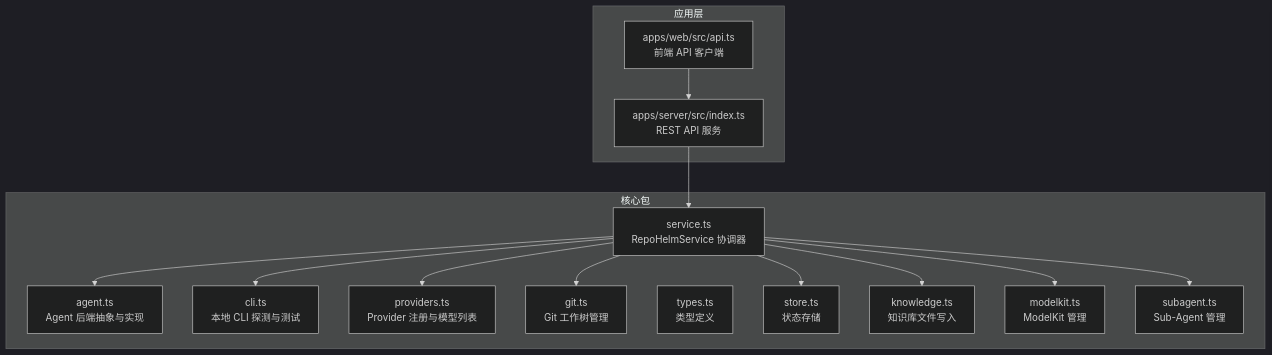
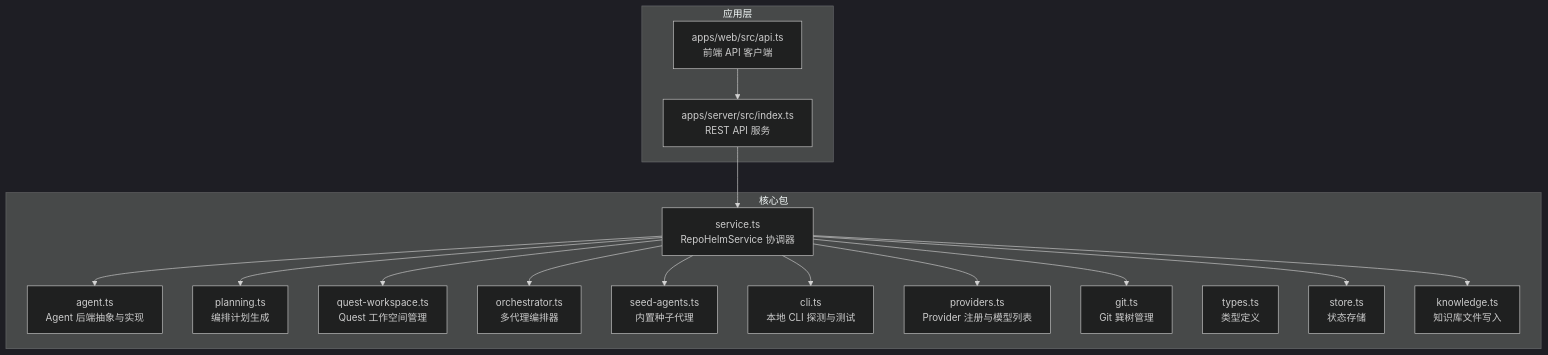
The first of 12 diagrams in .qoder/repowiki/zh/content/Agent 后端系统/Agent 后端系统.md (coconilu/RepoHelm), drawn with Mermaid (dark theme) before and after one commit. The commit also changed other lines of this file and 15 other files, not shown here.

First line of the commit message:
Add multi-agent orchestration & quest plans

````diff
--- a/.qoder/repowiki/zh/content/Agent 后端系统/Agent 后端系统.md
+++ b/.qoder/repowiki/zh/content/Agent 后端系统/Agent 后端系统.md
@@ -55,29 +64,33 @@
 ```mermaid
 graph TB
 subgraph "核心包"
 AG["agent.ts<br/>Agent 后端抽象与实现"]
+PL["planning.ts<br/>编排计划生成"]
+QW["quest-workspace.ts<br/>Quest 工作空间管理"]
+OR["orchestrator.ts<br/>多代理编排器"]
+SA["seed-agents.ts<br/>内置种子代理"]
 CL["cli.ts<br/>本地 CLI 探测与测试"]
 PR["providers.ts<br/>Provider 注册与模型列表"]
 SV["service.ts<br/>RepoHelmService 协调器"]
-GT["git.ts<br/>Git 工作树管理"]
+GT["git.ts<br/>Git 巽树管理"]
 TP["types.ts<br/>类型定义"]
 ST["store.ts<br/>状态存储"]
 KL["knowledge.ts<br/>知识库文件写入"]
-MK["modelkit.ts<br/>ModelKit 管理"]
-SA["subagent.ts<br/>Sub-Agent 管理"]
 end
 subgraph "应用层"
 SRV["apps/server/src/index.ts<br/>REST API 服务"]
 WEB["apps/web/src/api.ts<br/>前端 API 客户端"]
 end
 SRV --> SV
 SV --> AG
+SV --> PL
+SV --> QW
+SV --> OR
+SV --> SA
 SV --> CL
 SV --> PR
 SV --> GT
 SV --> ST
 SV --> KL
-SV --> MK
-SV --> SA
 WEB --> SRV
 ```
````
